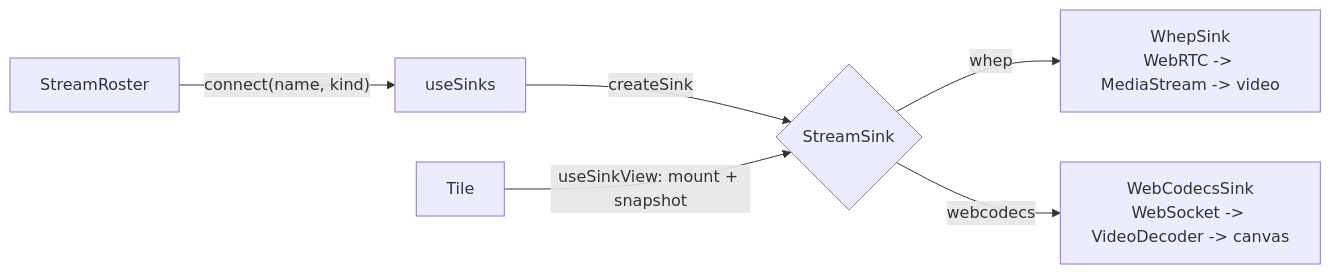
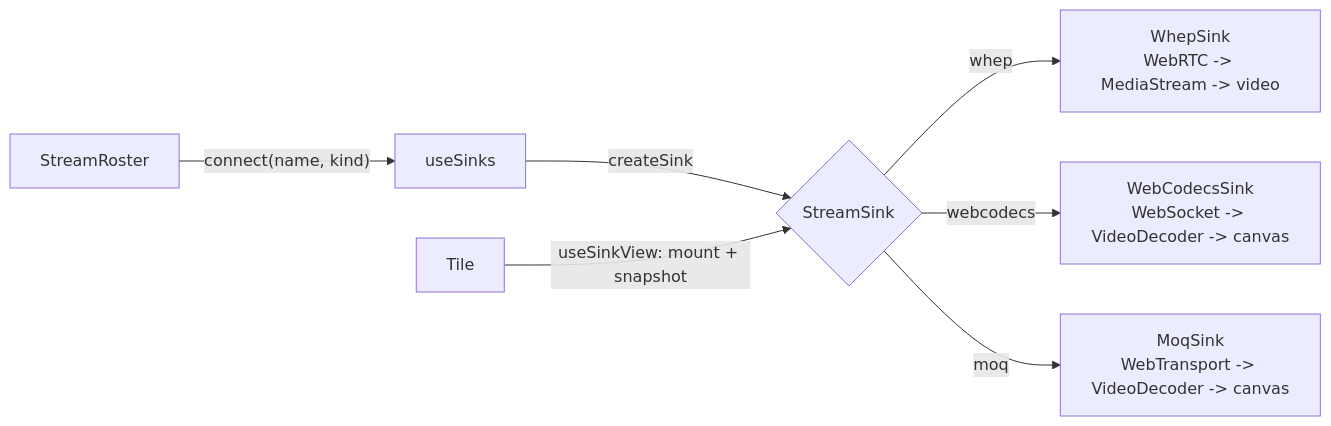
The diagram in docs/viewer-architecture.md (bjoern621/screen-sharing), drawn with Mermaid before and after one commit. The commit also changed other lines of this file and 242 other files, not shown here.

````diff
--- a/docs/viewer-architecture.md
+++ b/docs/viewer-architecture.md
@@ -248,8 +261,9 @@
 ```mermaid
 flowchart LR
     Roster["StreamRoster"] -->|"connect(name, kind)"| Hook["useSinks"]
     Hook -->|createSink| Sink{"StreamSink"}
     Sink -->|whep| Whep["WhepSink<br/>WebRTC -> MediaStream -> video"]
     Sink -->|webcodecs| WC["WebCodecsSink<br/>WebSocket -> VideoDecoder -> canvas"]
+    Sink -->|moq| Moq["MoqSink<br/>WebTransport -> VideoDecoder -> canvas"]
     Tile["Tile"] -->|"useSinkView: mount + snapshot"| Sink
 ```
````
